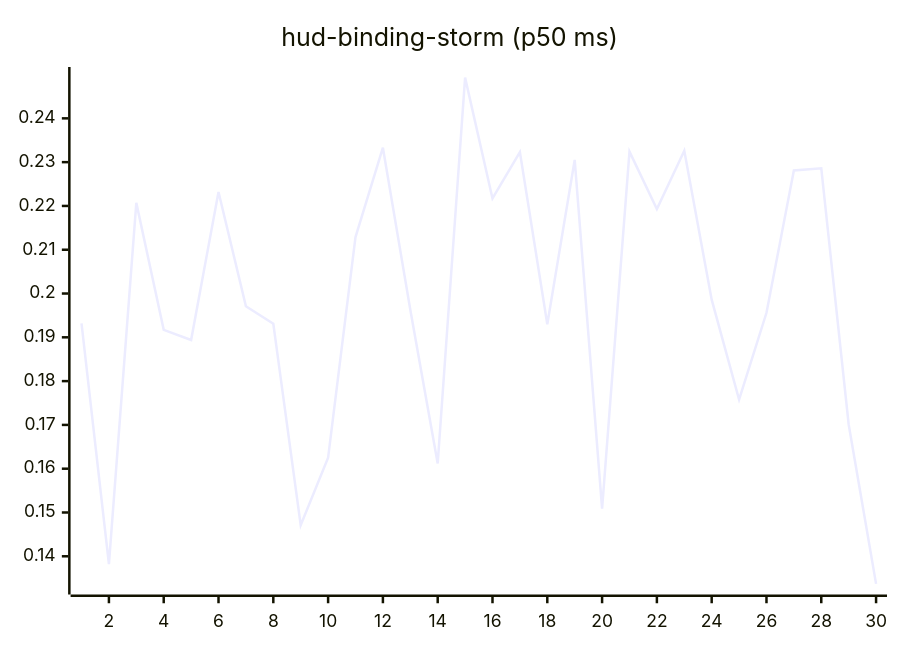
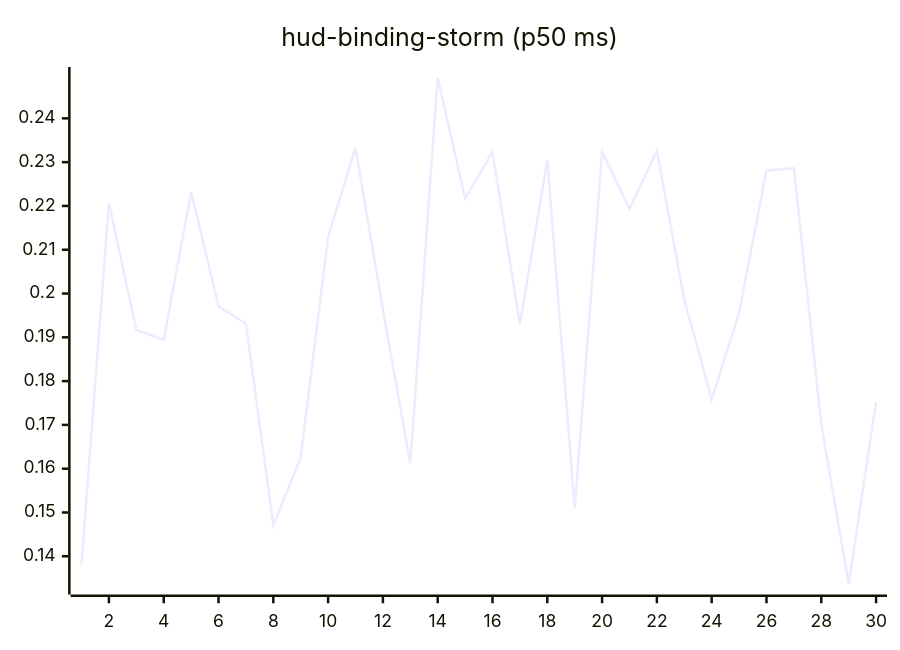
The tenth of 27 diagrams in README.md (josha/Facet), drawn with Mermaid before and after one commit. The commit also changed other lines of this file and 2 other files, not shown here.

````diff
--- a/README.md
+++ b/README.md
@@ -126,6 +126,6 @@
 ```mermaid
 xychart-beta
     title "hud-binding-storm (p50 ms)"
     x-axis 1 --> 30
-    line [0.1932, 0.1382, 0.2207, 0.1917, 0.1894, 0.2232, 0.1971, 0.1931, 0.1471, 0.1625, 0.2129, 0.2333, 0.1963, 0.1612, 0.2493, 0.2217, 0.2323, 0.1930, 0.2305, 0.1509, 0.2324, 0.2193, 0.2326, 0.1986, 0.1758, 0.1956, 0.2281, 0.2286, 0.1701, 0.1337]
+    line [0.1382, 0.2207, 0.1917, 0.1894, 0.2232, 0.1971, 0.1931, 0.1471, 0.1625, 0.2129, 0.2333, 0.1963, 0.1612, 0.2493, 0.2217, 0.2323, 0.1930, 0.2305, 0.1509, 0.2324, 0.2193, 0.2326, 0.1986, 0.1758, 0.1956, 0.2281, 0.2286, 0.1701, 0.1337, 0.1752]
 ```
````
